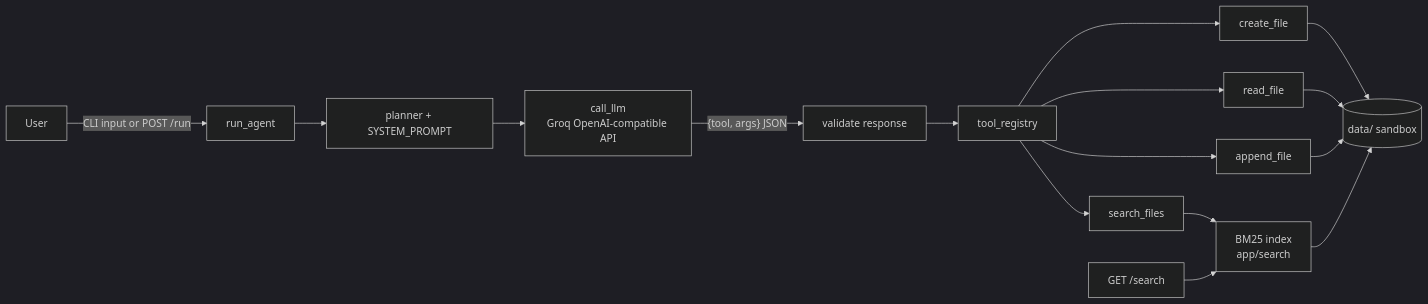
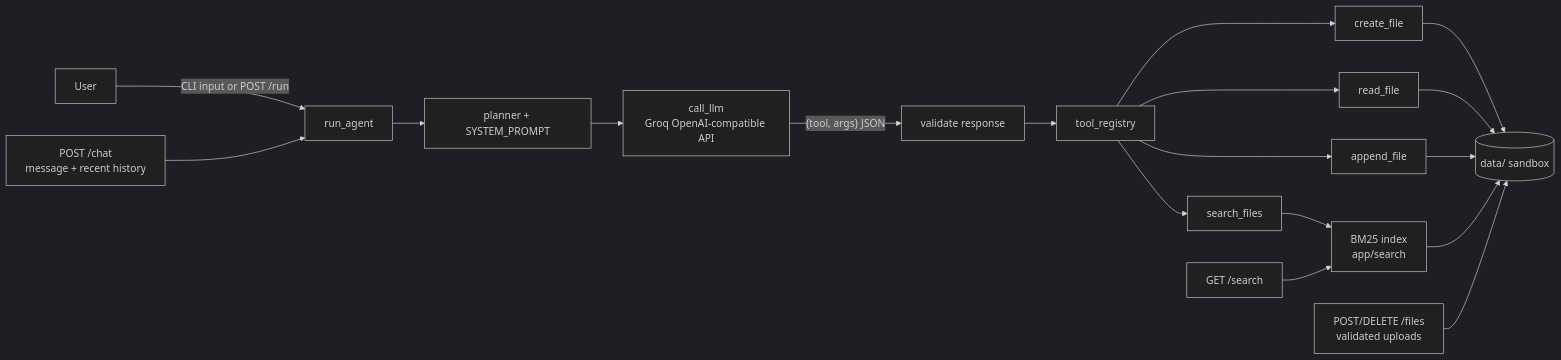
The diagram in README.md (Prajjawalsingh87/FILE_AGENT), drawn with Mermaid (dark theme) before and after one commit. The commit also changed other lines of this file and 10 other files, not shown here.

First line of the commit message:
Chat UI with conversation memory and validated file uploads (#4)

````diff
--- a/README.md
+++ b/README.md
@@ -25,15 +32,17 @@
 ```mermaid
 flowchart LR
   U[User] -->|CLI input or POST /run| A[run_agent]
   A --> P[planner + SYSTEM_PROMPT]
   P --> L[call_llm<br/>Groq OpenAI-compatible API]
   L -->|"{tool, args}" JSON| V[validate response]
   V --> R[tool_registry]
   R --> T1[create_file]
   R --> T2[read_file]
   R --> T3[append_file]
   R --> T4[search_files]
   T1 & T2 & T3 --> D[(data/ sandbox)]
   T4 --> S[BM25 index<br/>app/search] --> D
   W[GET /search] --> S
+  C[POST /chat<br/>message + recent history] --> A
+  F[POST/DELETE /files<br/>validated uploads] --> D
 ```
````
